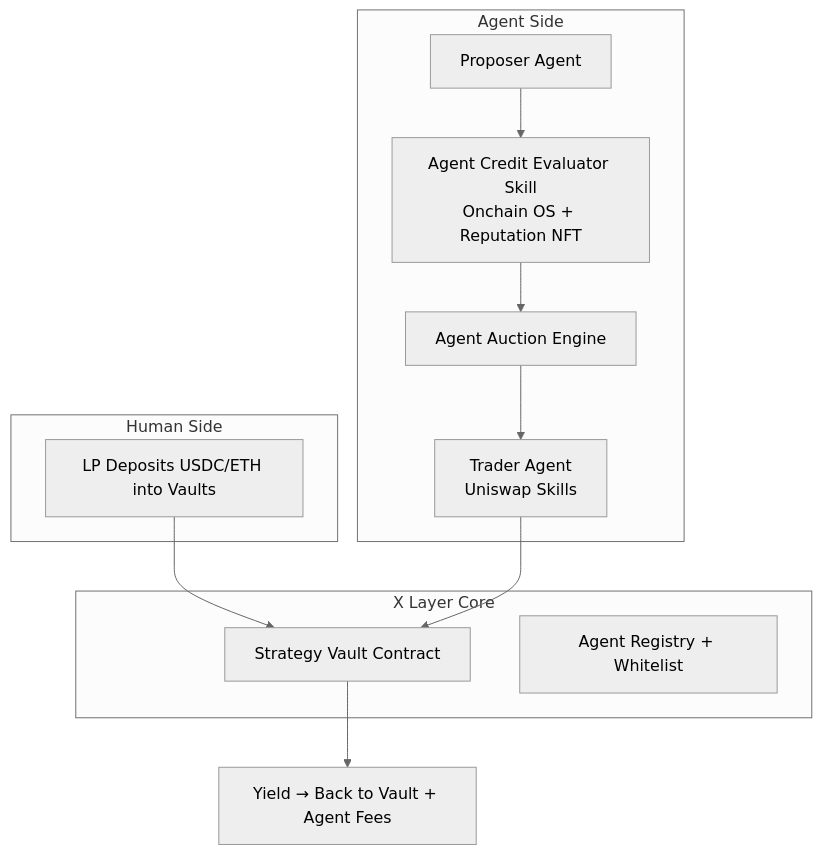
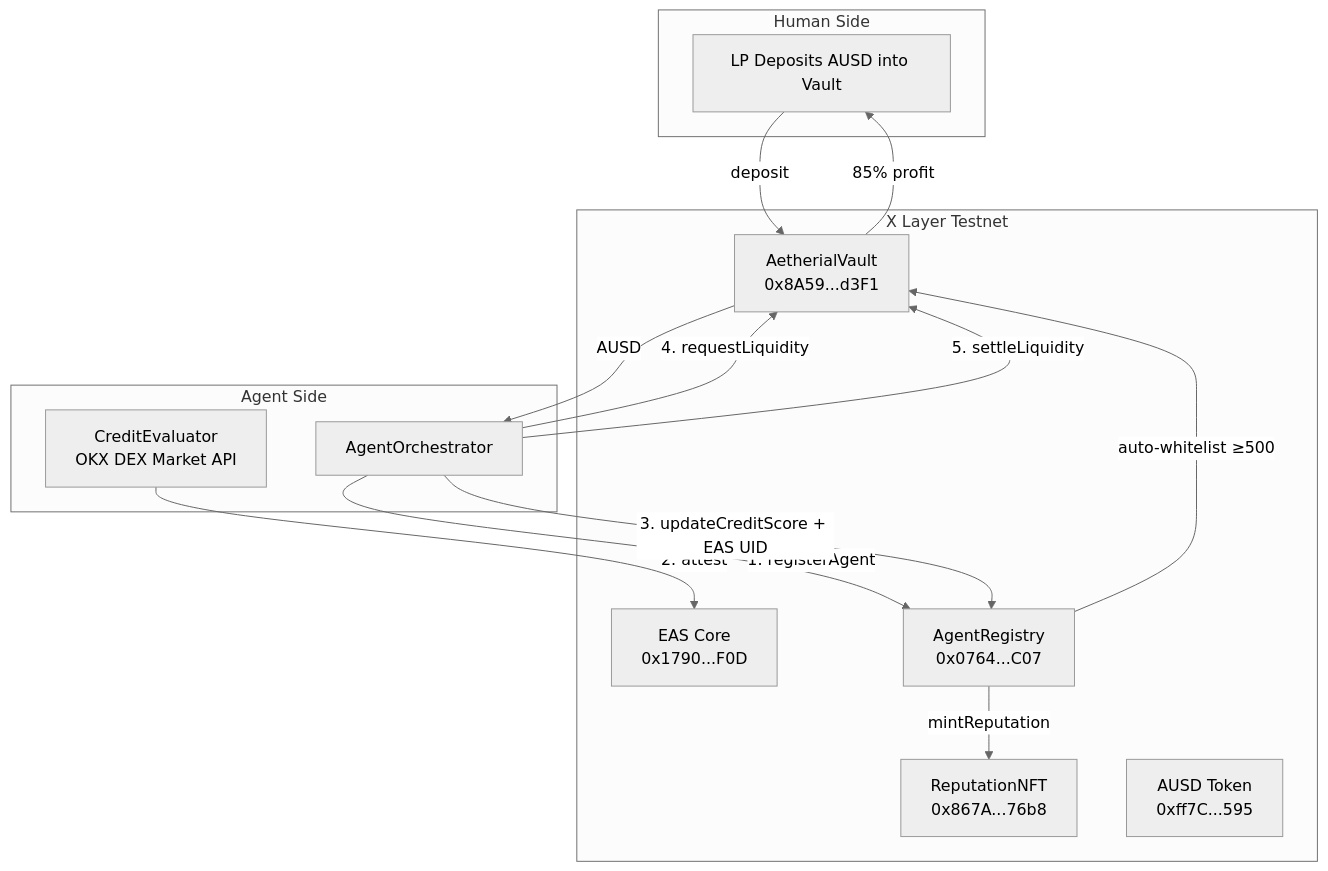
The diagram in README.md (notwen123/Aetherial), drawn with Mermaid (neutral theme) before and after one commit. The commit also changed other lines of this file and 328 other files, not shown here.

````diff
--- a/README.md
+++ b/README.md
@@ -77,25 +75,28 @@
 ```mermaid
 flowchart TD
     subgraph "Human Side"
-        LP[LP Deposits USDC/ETH into Vaults]
+        LP[LP Deposits AUSD into Vault]
+    end
+    subgraph "Agent Side"
+        Eval[CreditEvaluator\nOKX DEX Market API]
+        Orch[AgentOrchestrator]
+    end
+    subgraph "X Layer Testnet"
+        EAS[EAS Core\n0x1790...F0D]
+        NFT[ReputationNFT\n0x867A...76b8]
+        Registry[AgentRegistry\n0x0764...C07]
+        Vault[AetherialVault\n0x8A59...d3F1]
+        AUSD[AUSD Token\n0xff7C...595]
     end
 
-    subgraph "Agent Side"
-        Credit[Agent Credit Evaluator Skill<br/>Onchain OS + Reputation NFT]
-        Auction[Agent Auction Engine]
-        Proposer[Proposer Agent]
-        Trader[Trader Agent<br/>Uniswap Skills]
-    end
-
-    subgraph "X Layer Core"
-        Vault[Strategy Vault Contract]
-        Registry[Agent Registry + Whitelist]
-    end
-
-    LP --> Vault
-    Credit --> Auction
-    Proposer --> Credit
-    Auction --> Trader
-    Trader --> Vault
-    Vault --> Yield[Yield → Back to Vault + Agent Fees]
+    LP -->|deposit| Vault
+    Orch -->|1. registerAgent| Registry
+    Eval -->|2. attest| EAS
+    Orch -->|3. updateCreditScore + EAS UID| Registry
+    Registry -->|auto-whitelist ≥500| Vault
+    Registry -->|mintReputation| NFT
+    Orch -->|4. requestLiquidity| Vault
+    Vault -->|AUSD| Orch
+    Orch -->|5. settleLiquidity| Vault
+    Vault -->|85% profit| LP
 ```
````
